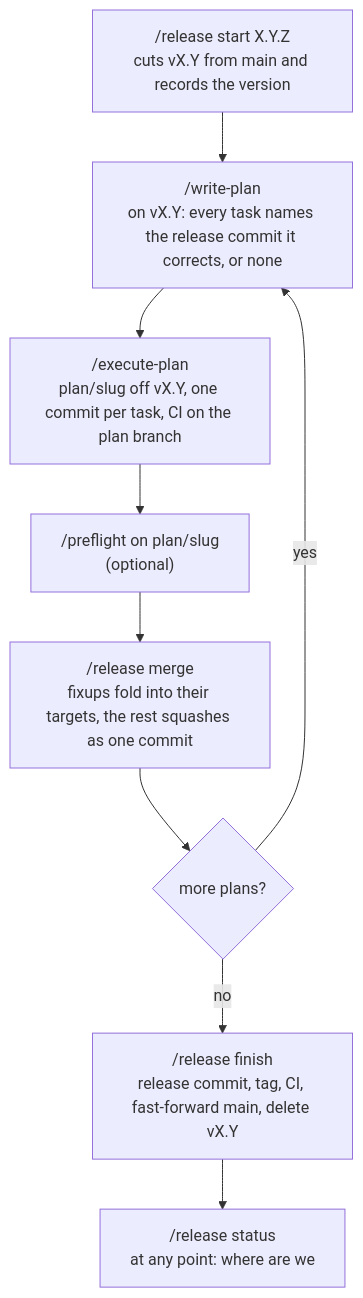
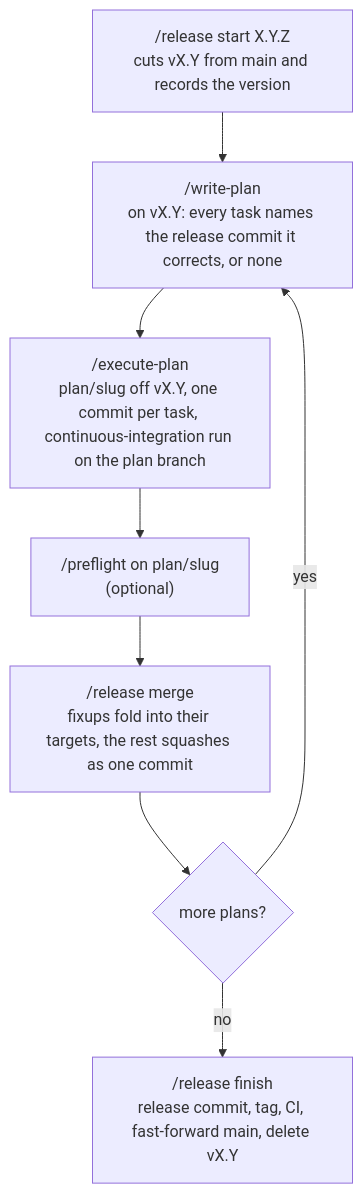
One commit to jeffzi/.claude changed the first of 2 diagrams in docs/release-flow.md. Above: the diagram before and after it, drawn with Mermaid. The commit also changed other lines of this file and 5 other files, not shown here.

````diff
--- a/docs/release-flow.md
+++ b/docs/release-flow.md
@@ -37,11 +50,10 @@
 ```mermaid
 flowchart TD
   A["/release start X.Y.Z<br/>cuts vX.Y from main and records the version"] --> B
   B["/write-plan<br/>on vX.Y: every task names the release commit it corrects, or none"] --> C
-  C["/execute-plan<br/>plan/slug off vX.Y, one commit per task, CI on the plan branch"] --> D
+  C["/execute-plan<br/>plan/slug off vX.Y, one commit per task, continuous-integration run on the plan branch"] --> D
   D["/preflight on plan/slug<br/>(optional)"] --> E
   E["/release merge<br/>fixups fold into their targets, the rest squashes as one commit"] --> F{more plans?}
   F -- yes --> B
   F -- no --> G["/release finish<br/>release commit, tag, CI, fast-forward main, delete vX.Y"]
-  G --> H["/release status<br/>at any point: where are we"]
 ```
````
